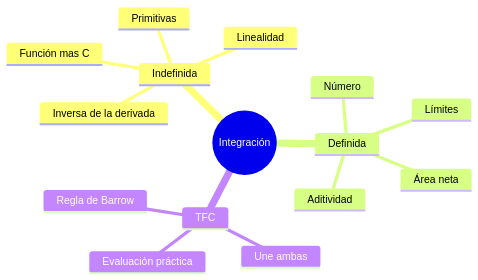
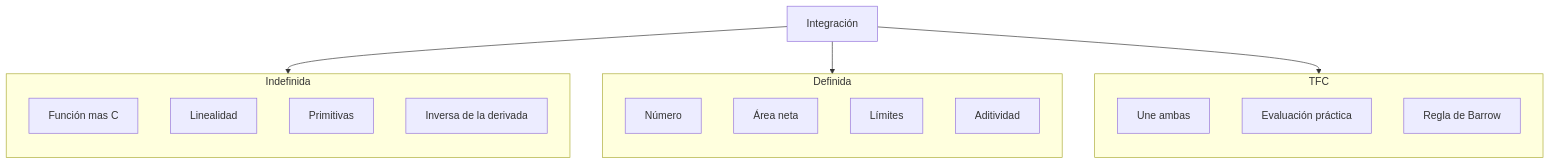
One commit to Fsteven22/Notas-de-Universidad-Freddy-Sanchez- changed the diagram in Universidad/1er Semestre/Cálculo de una Variable/Unidad 0 - Guias y Ejercicios/Diagramas/02_-_Propiedades_de_la_Integral_16.mmd. Above: the diagram before and after it, drawn with Mermaid. The commit also changed 11 other files, not shown here.

First line of the commit message:
Convierte los 4 mindmaps restantes de Cálculo 1 a flowcharts de rectángulos

```diff
--- a/Universidad/1er Semestre/Cálculo de una Variable/Unidad 0 - Guias y Ejercicios/Diagramas/02_-_Propiedades_de_la_Integral_16.mmd
+++ b/Universidad/1er Semestre/Cálculo de una Variable/Unidad 0 - Guias y Ejercicios/Diagramas/02_-_Propiedades_de_la_Integral_16.mmd
@@ -1,16 +1,25 @@
-mindmap
-  root((Integración))
-    Indefinida
-      Función mas C
-      Linealidad
-      Primitivas
-      Inversa de la derivada
-    Definida
-      Número
-      Área neta
-      Límites
-      Aditividad
-    TFC
-      Une ambas
-      Evaluación práctica
-      Regla de Barrow
+flowchart TB
+    R["Integración"]
+    subgraph I["Indefinida"]
+        direction TB
+        I1["Función mas C"]
+        I2["Linealidad"]
+        I3["Primitivas"]
+        I4["Inversa de la derivada"]
+    end
+    subgraph D["Definida"]
+        direction TB
+        D1["Número"]
+        D2["Área neta"]
+        D3["Límites"]
+        D4["Aditividad"]
+    end
+    subgraph T["TFC"]
+        direction TB
+        T1["Une ambas"]
+        T2["Evaluación práctica"]
+        T3["Regla de Barrow"]
+    end
+    R --> I
+    R --> D
+    R --> T
```
